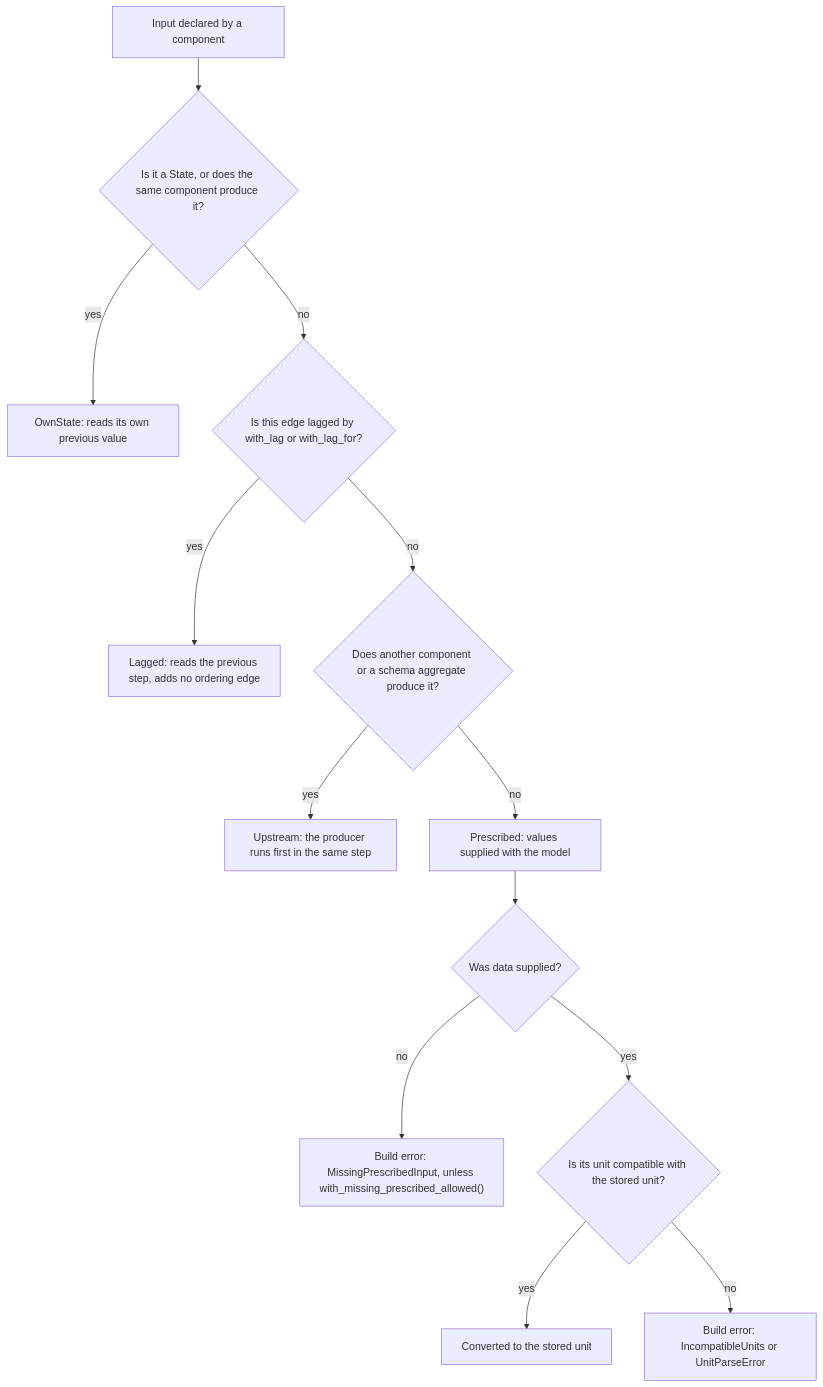
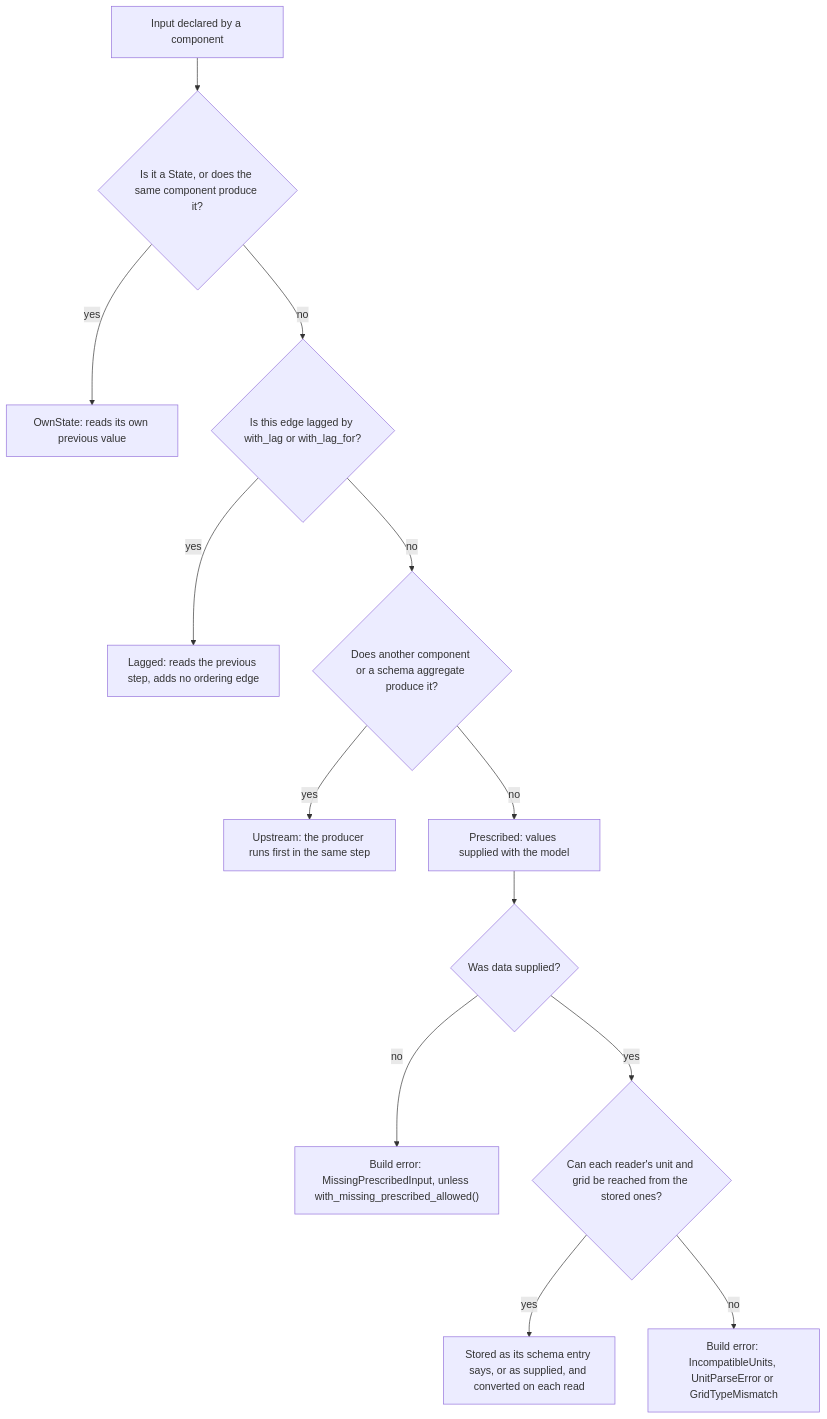
One commit to lewisjared/rscm changed the third of 3 diagrams in docs/key_concepts.md. Above: the diagram before and after it, drawn with Mermaid. The commit also changed other lines of this file and 18 other files, not shown here.

````diff
--- a/docs/key_concepts.md
+++ b/docs/key_concepts.md
@@ -410,15 +410,15 @@
 ```mermaid
 flowchart TD
   A["Input declared by a component"] --> B{"Is it a State, or does the same component produce it?"}
   B -->|yes| OS["OwnState: reads its own previous value"]
   B -->|no| C{"Is this edge lagged by with_lag or with_lag_for?"}
   C -->|yes| L["Lagged: reads the previous step, adds no ordering edge"]
   C -->|no| D{"Does another component or a schema aggregate produce it?"}
   D -->|yes| U["Upstream: the producer runs first in the same step"]
   D -->|no| X["Prescribed: values supplied with the model"]
   X --> E{"Was data supplied?"}
   E -->|no| M["Build error: MissingPrescribedInput, unless with_missing_prescribed_allowed()"]
-  E -->|yes| F{"Is its unit compatible with the stored unit?"}
-  F -->|yes| V["Converted to the stored unit"]
-  F -->|no| W["Build error: IncompatibleUnits or UnitParseError"]
+  E -->|yes| F{"Can each reader's unit and grid be reached from the stored ones?"}
+  F -->|yes| V["Stored as its schema entry says, or as supplied, and converted on each read"]
+  F -->|no| W["Build error: IncompatibleUnits, UnitParseError or GridTypeMismatch"]
 ```
````
